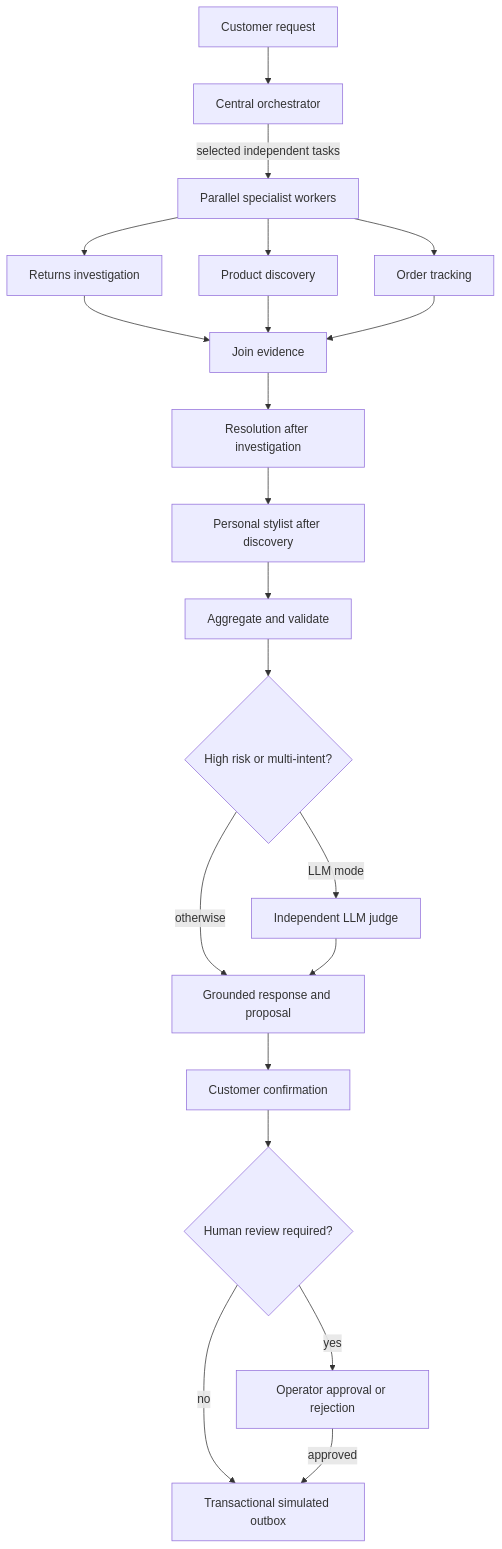
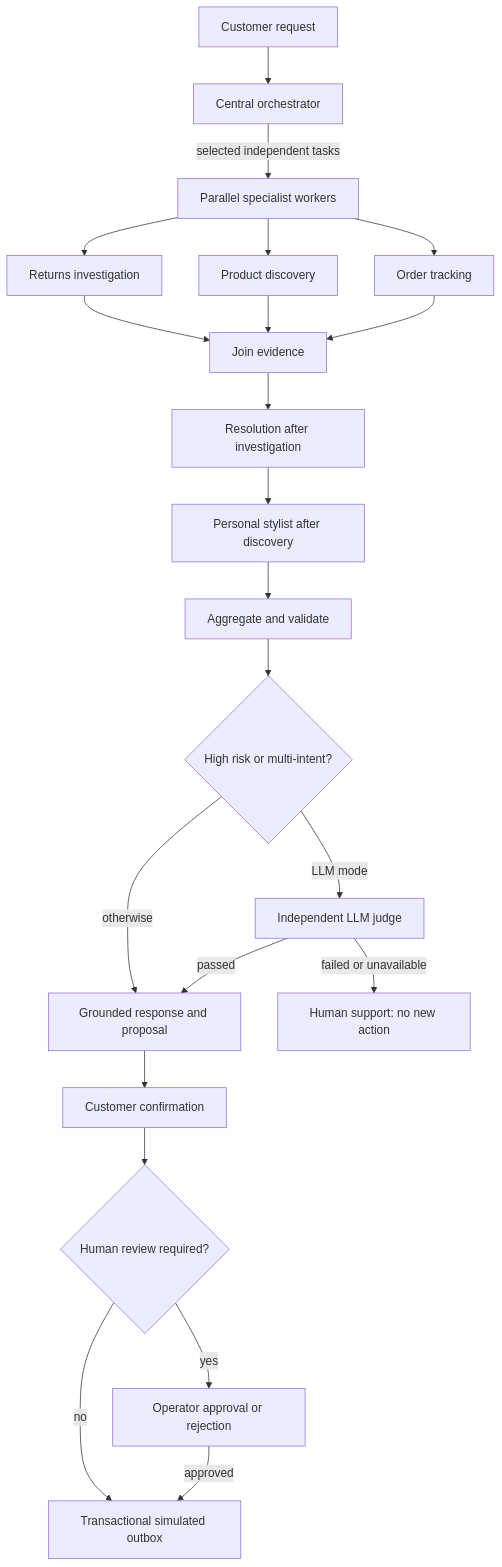
The diagram in README.md (ManoochTayebi/Multi_agent_client), drawn with Mermaid before and after one commit. The commit also changed other lines of this file and 18 other files, not shown here.

````diff
--- a/README.md
+++ b/README.md
@@ -62,23 +62,24 @@
 ```mermaid
 flowchart TD
     U[Customer request] --> O[Central orchestrator]
     O -->|selected independent tasks| W[Parallel specialist workers]
     W --> R[Returns investigation]
     W --> P[Product discovery]
     W --> T[Order tracking]
     R --> J[Join evidence]
     P --> J
     T --> J
     J --> X[Resolution after investigation]
     X --> S[Personal stylist after discovery]
     S --> A[Aggregate and validate]
     A --> Q{High risk or multi-intent?}
     Q -->|LLM mode| L[Independent LLM judge]
     Q -->|otherwise| F[Grounded response and proposal]
-    L --> F
+    L -->|passed| F
+    L -->|failed or unavailable| Z[Human support: no new action]
     F --> C[Customer confirmation]
     C --> H{Human review required?}
     H -->|yes| V[Operator approval or rejection]
     H -->|no| B[Transactional simulated outbox]
     V -->|approved| B
 ```
````
